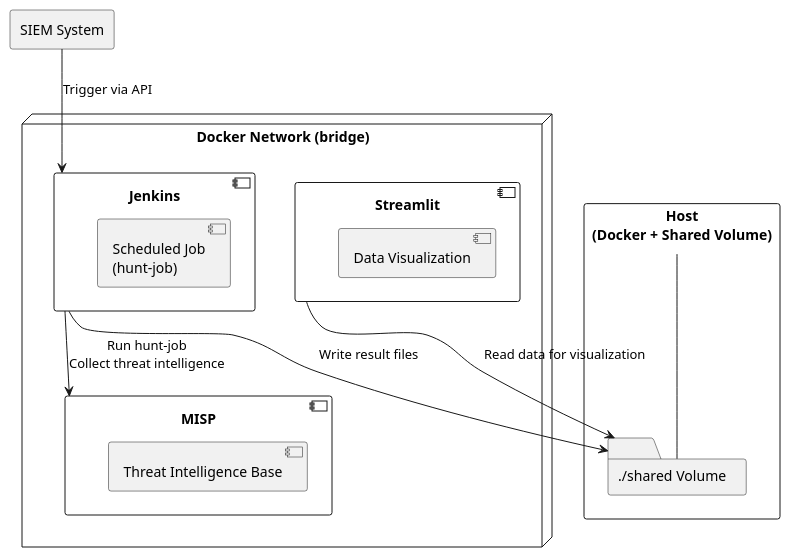
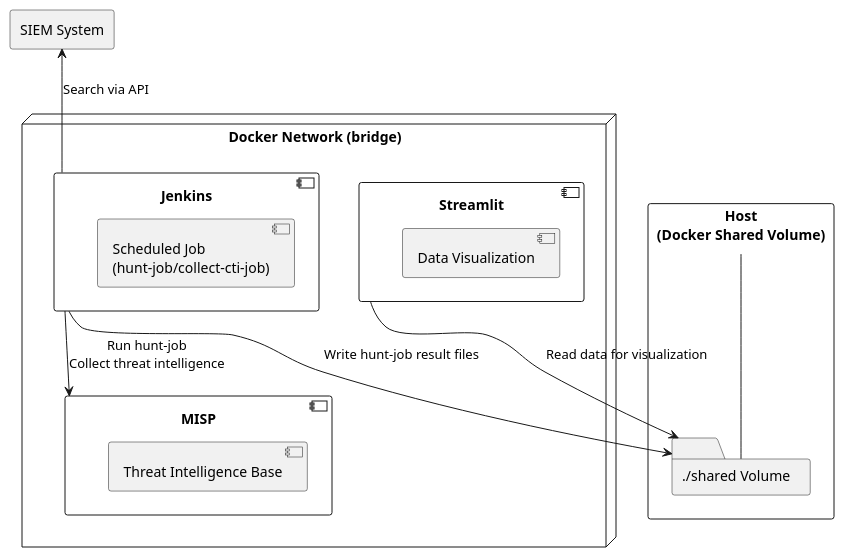
Before and after one commit to fukusuket/THuntLab: the diagram in doc/architecture.puml, drawn with PlantUML. The commit also changed 1 other file, not shown here.

Commit message:
Refine architecture diagram to clarify Docker shared volume and update job descriptions

```diff
--- a/doc/architecture.puml
+++ b/doc/architecture.puml
@@ -1,27 +1,26 @@
 @startuml
 rectangle "SIEM System" as SIEM
 
-rectangle "Host\n(Docker + Shared Volume)" as host {
+rectangle "Host\n(Docker Shared Volume)" as host {
     folder "./shared Volume" as shared
 }
 
 node "Docker Network (bridge)" {
     component Jenkins as jenkins {
-        [Scheduled Job\n(hunt-job)]
+        [Scheduled Job\n(hunt-job/collect-cti-job)]
     }
     component MISP as misp {
         [Threat Intelligence Base]
     }
     component Streamlit as streamlit {
         [Data Visualization]
     }
 }
 
-SIEM --> jenkins : "Trigger via API"
+SIEM <-- jenkins : "Search via API"
 host -down- shared
 
 jenkins --> misp : "Run hunt-job\nCollect threat intelligence"
-jenkins --> shared : "Write result files"
+jenkins --> shared : "Write hunt-job result files"
 streamlit --> shared : "Read data for visualization"
-
 @enduml
```
